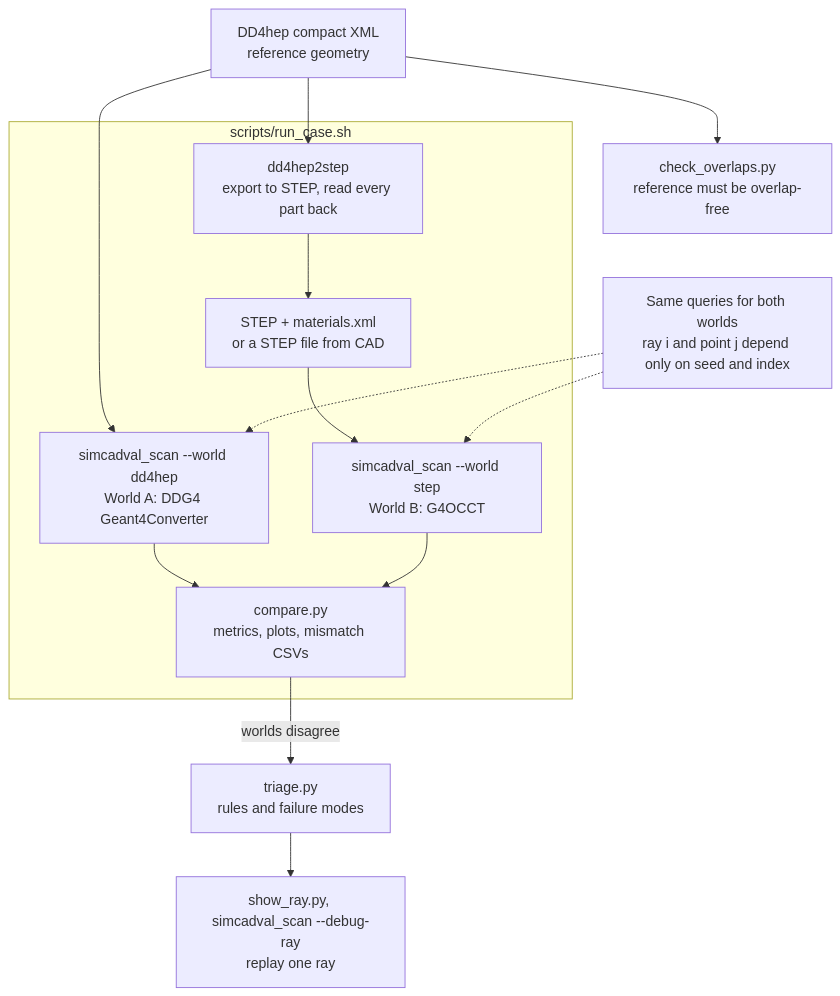
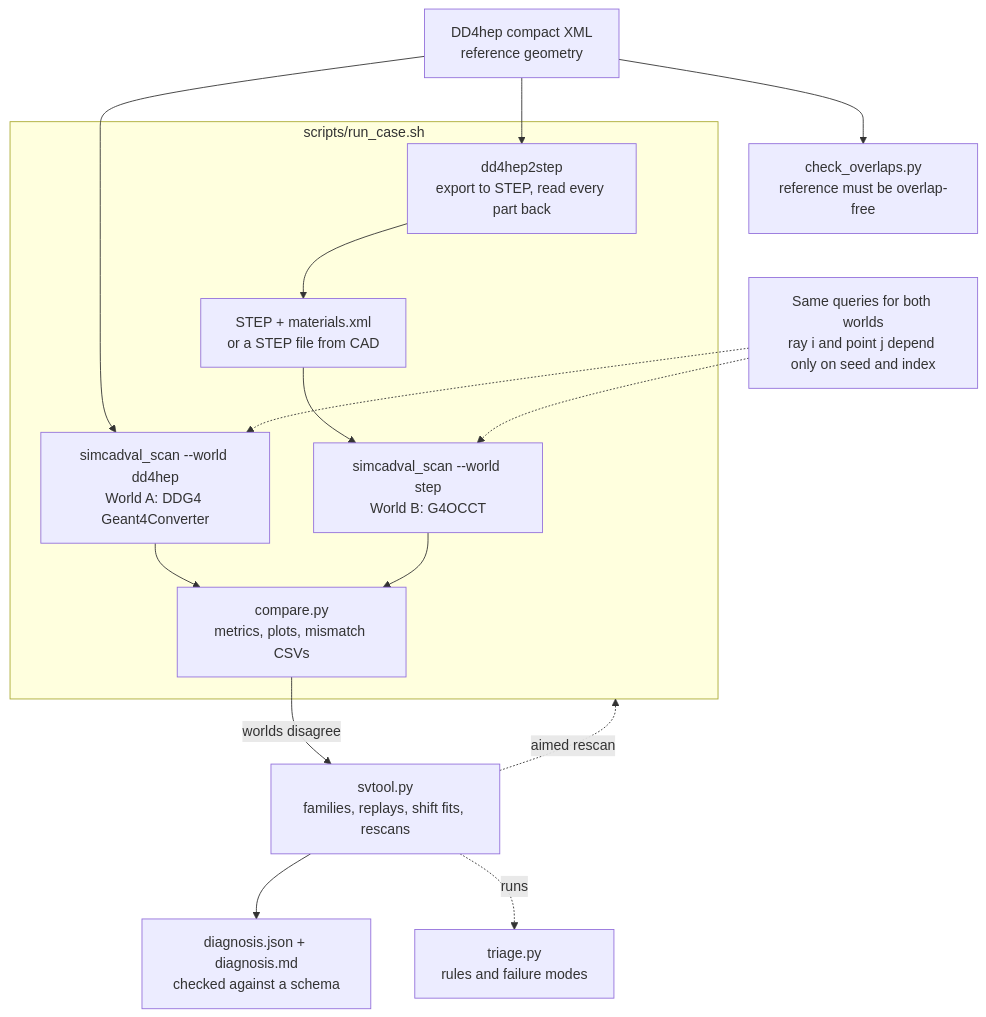
One commit to BNLNPPS/simcadval changed the diagram in README.md. Above: the diagram before and after it, drawn with Mermaid. The commit also changed other lines of this file and 2 other files, not shown here.

````diff
--- a/README.md
+++ b/README.md
@@ -20,23 +20,26 @@
 ```mermaid
 flowchart TD
   C["DD4hep compact XML<br/>reference geometry"]
   O["check_overlaps.py<br/>reference must be overlap-free"]
   Q["Same queries for both worlds<br/>ray i and point j depend only on seed and index"]
   subgraph RC["scripts/run_case.sh"]
     E["dd4hep2step<br/>export to STEP, read every part back"]
     S["STEP + materials.xml<br/>or a STEP file from CAD"]
     A["simcadval_scan --world dd4hep<br/>World A: DDG4 Geant4Converter"]
     B["simcadval_scan --world step<br/>World B: G4OCCT"]
     M["compare.py<br/>metrics, plots, mismatch CSVs"]
   end
   T["triage.py<br/>rules and failure modes"]
-  R["show_ray.py, simcadval_scan --debug-ray<br/>replay one ray"]
+  V["svtool.py<br/>families, replays, shift fits, rescans"]
+  D["diagnosis.json + diagnosis.md<br/>checked against a schema"]
   C --> O
   C --> E --> S --> B
   C --> A
   Q -.-> A
   Q -.-> B
   A --> M
   B --> M
-  M -->|worlds disagree| T --> R
+  M -->|worlds disagree| V --> D
+  V -.->|runs| T
+  V -.->|aimed rescan| RC
 ```
````
